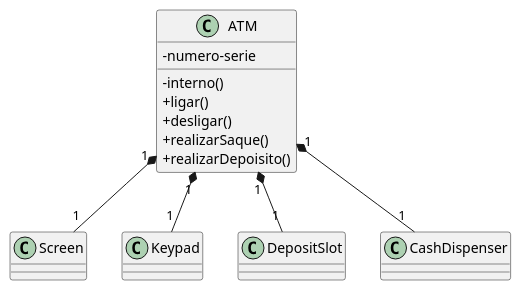
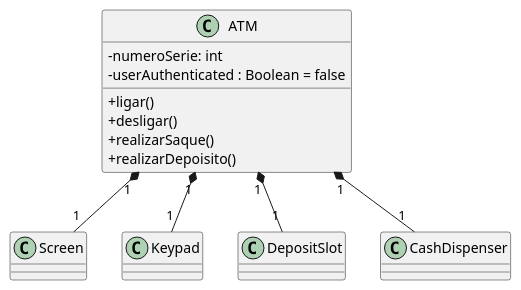
Before and after one commit to marcuswlima/learning: the diagram in c++/Deitel/atm/fig03-22.puml, drawn with PlantUML. The commit also changed 5 other files, not shown here.

```diff
--- a/c++/Deitel/atm/fig03-22.puml
+++ b/c++/Deitel/atm/fig03-22.puml
@@ -1,35 +1,35 @@
 @startuml
 skinparam classAttributeIconSize 0
 
 class Screen {
 
 }
 
 
 class ATM {
-    -numero-serie
-    -interno()
+    - numeroSerie: int
+    - userAuthenticated : Boolean = false
     +ligar()
     +desligar()
     +realizarSaque()
     +realizarDepoisito()
 
 }
 
 class Keypad{
 
 }
 class DepositSlot{
 
 }
 class CashDispenser{
 
 }
 
 ATM "1" *-- "1" DepositSlot
 ATM "1" *-- "1" Keypad
 ATM "1" *-- "1" CashDispenser
 ATM "1" *-- "1" Screen
 
 
 @enduml
```
